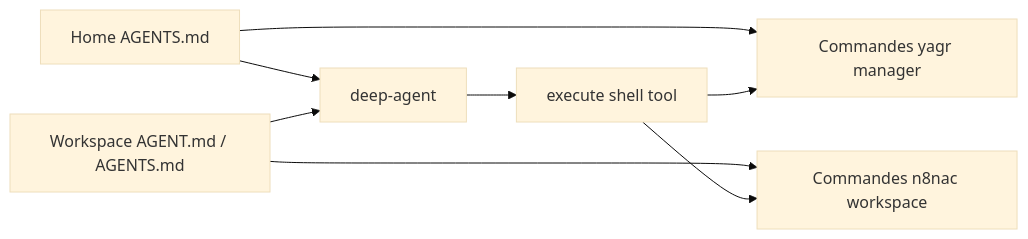
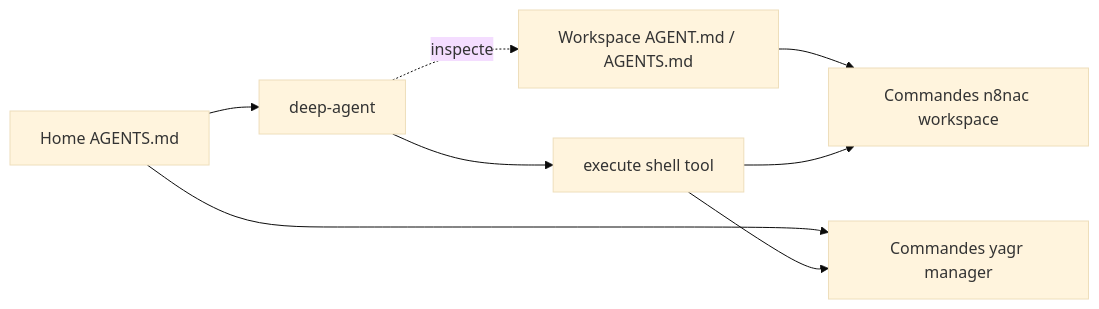
Before and after one commit to EtienneLescot/yagr: the fifth of 8 diagrams in architecture/current/runtime-flows.md, drawn with Mermaid (base theme). The commit also changed other lines of this file and 40 other files, not shown here.

Commit message:
Simplify Yagr home-root runtime architecture

````diff
--- a/architecture/current/runtime-flows.md
+++ b/architecture/current/runtime-flows.md
@@ -123,17 +123,17 @@
 ```mermaid
 flowchart LR
     HOME[Home AGENTS.md]
     HCLI[Commandes yagr manager]
     WORK[Workspace AGENT.md / AGENTS.md]
     WCLI[Commandes n8nac workspace]
     AGENT[deep-agent]
     SHELL[execute shell tool]
 
     HOME --> AGENT
     HOME --> HCLI
-    WORK --> AGENT
+    AGENT -.inspecte.-> WORK
     WORK --> WCLI
     AGENT --> SHELL
     SHELL --> HCLI
     SHELL --> WCLI
 ```
````
